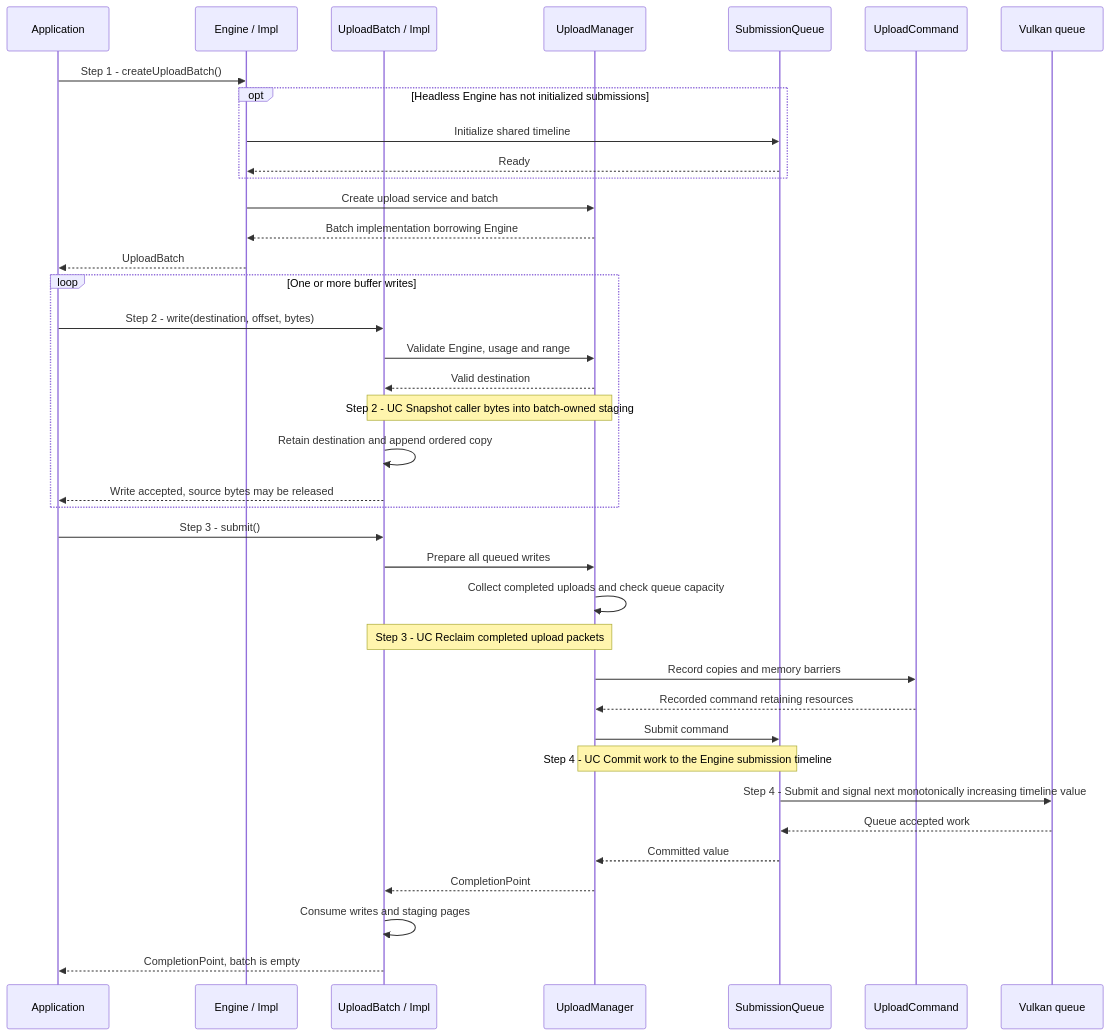
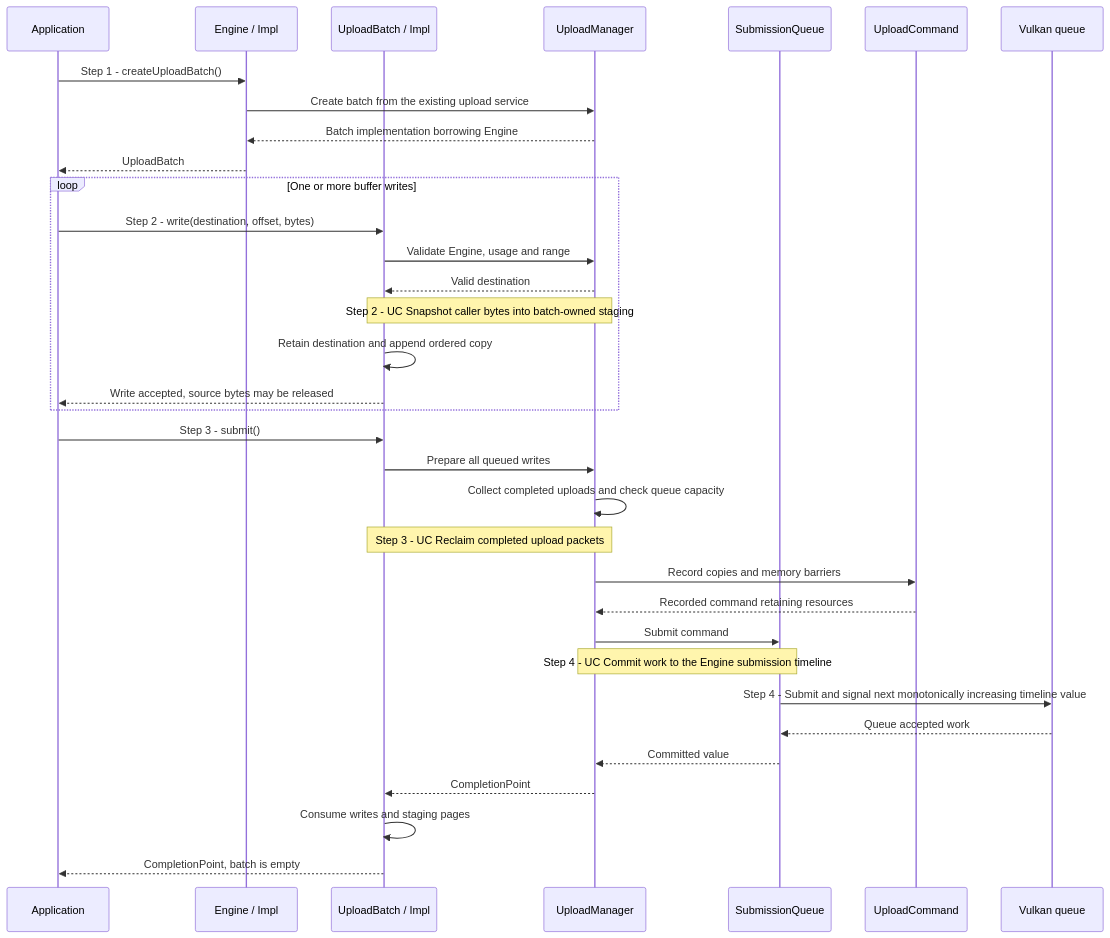
One commit to a-soltysik/Panda changed the diagram in docs/use-cases/upload-buffer.md. Above: the diagram before and after it, drawn with Mermaid. The commit also changed other lines of this file and 40 other files, not shown here.

````diff
--- a/docs/use-cases/upload-buffer.md
+++ b/docs/use-cases/upload-buffer.md
@@ -46,40 +46,36 @@
 ```mermaid
 sequenceDiagram
     participant A as Application
     participant C as Engine / Impl
     participant B as UploadBatch / Impl
     participant U as UploadManager
     participant Q as SubmissionQueue
     participant K as UploadCommand
     participant V as Vulkan queue
     A->>C: Step 1 - createUploadBatch()
-    opt Headless Engine has not initialized submissions
-        C->>Q: Initialize shared timeline
-        Q-->>C: Ready
-    end
-    C->>U: Create upload service and batch
+    C->>U: Create batch from the existing upload service
     U-->>C: Batch implementation borrowing Engine
     C-->>A: UploadBatch
     loop One or more buffer writes
         A->>B: Step 2 - write(destination, offset, bytes)
         B->>U: Validate Engine, usage and range
         U-->>B: Valid destination
         Note over B,U: Step 2 - UC Snapshot caller bytes into batch-owned staging
         B->>B: Retain destination and append ordered copy
         B-->>A: Write accepted, source bytes may be released
     end
     A->>B: Step 3 - submit()
     B->>U: Prepare all queued writes
     U->>U: Collect completed uploads and check queue capacity
     Note over B,U: Step 3 - UC Reclaim completed upload packets
     U->>K: Record copies and memory barriers
     K-->>U: Recorded command retaining resources
     U->>Q: Submit command
     Note over U,Q: Step 4 - UC Commit work to the Engine submission timeline
     Q->>V: Step 4 - Submit and signal next monotonically increasing timeline value
     V-->>Q: Queue accepted work
     Q-->>U: Committed value
     U-->>B: CompletionPoint
     B->>B: Consume writes and staging pages
     B-->>A: CompletionPoint, batch is empty
 ```
````
